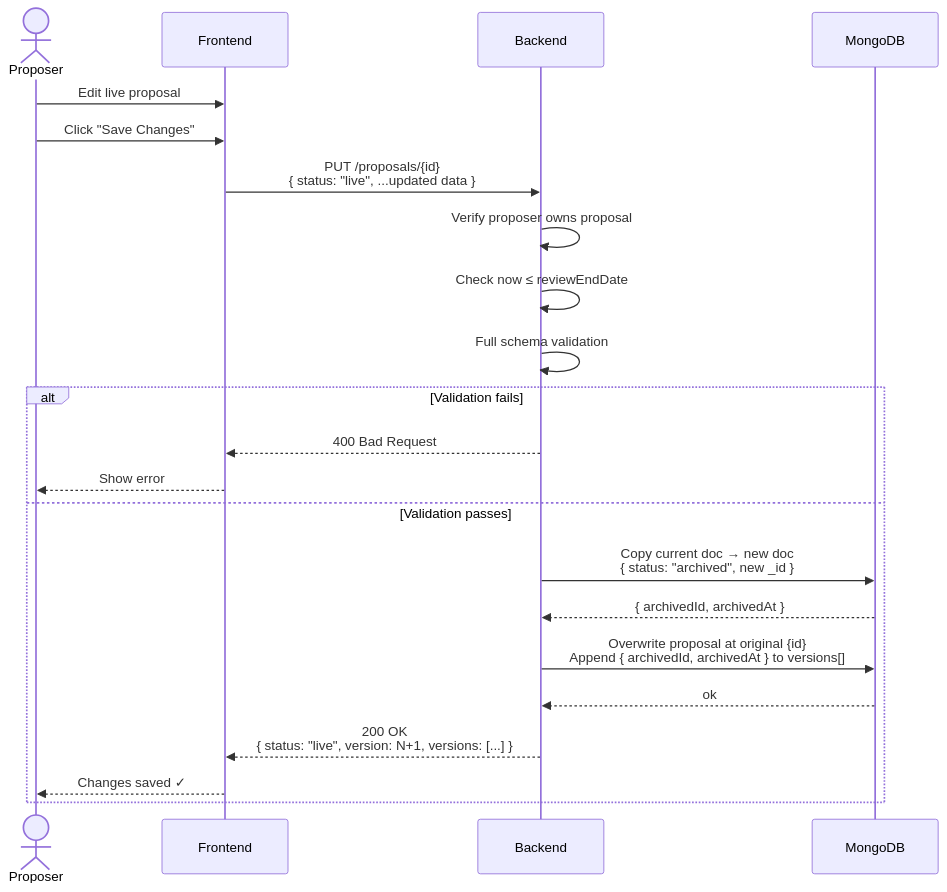
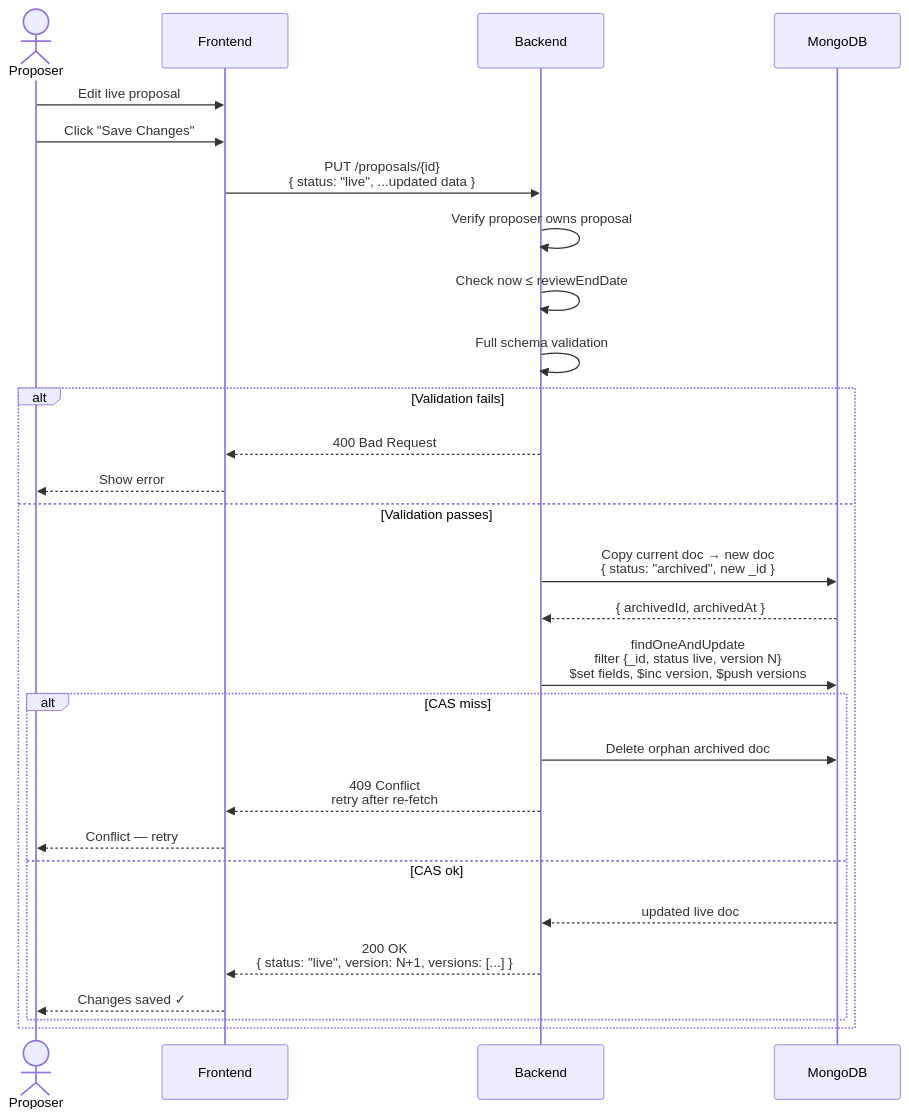
The sixth of 8 diagrams in docs/proposal-flow.md (lerna-labs/ekklesia-proposal-module), drawn with Mermaid before and after one commit. The commit also changed other lines of this file and 28 other files, not shown here.

````diff
--- a/docs/proposal-flow.md
+++ b/docs/proposal-flow.md
@@ -190,26 +191,32 @@
 ```mermaid
 sequenceDiagram
     actor Proposer
     participant Frontend
     participant Backend
     participant MongoDB
 
     Proposer->>Frontend: Edit live proposal
     Proposer->>Frontend: Click "Save Changes"
     Frontend->>Backend: PUT /proposals/{id}<br/>{ status: "live", ...updated data }
     Backend->>Backend: Verify proposer owns proposal
     Backend->>Backend: Check now ≤ reviewEndDate
     Backend->>Backend: Full schema validation
 
     alt Validation fails
         Backend-->>Frontend: 400 Bad Request
         Frontend-->>Proposer: Show error
     else Validation passes
         Backend->>MongoDB: Copy current doc → new doc<br/>{ status: "archived", new _id }
         MongoDB-->>Backend: { archivedId, archivedAt }
-        Backend->>MongoDB: Overwrite proposal at original {id}<br/>Append { archivedId, archivedAt } to versions[]
-        MongoDB-->>Backend: ok
-        Backend-->>Frontend: 200 OK<br/>{ status: "live", version: N+1, versions: [...] }
-        Frontend-->>Proposer: Changes saved ✓
+        Backend->>MongoDB: findOneAndUpdate<br/>filter {_id, status live, version N}<br/>$set fields, $inc version, $push versions
+        alt CAS miss
+            Backend->>MongoDB: Delete orphan archived doc
+            Backend-->>Frontend: 409 Conflict<br/>retry after re-fetch
+            Frontend-->>Proposer: Conflict — retry
+        else CAS ok
+            MongoDB-->>Backend: updated live doc
+            Backend-->>Frontend: 200 OK<br/>{ status: "live", version: N+1, versions: [...] }
+            Frontend-->>Proposer: Changes saved ✓
+        end
     end
 ```
````
